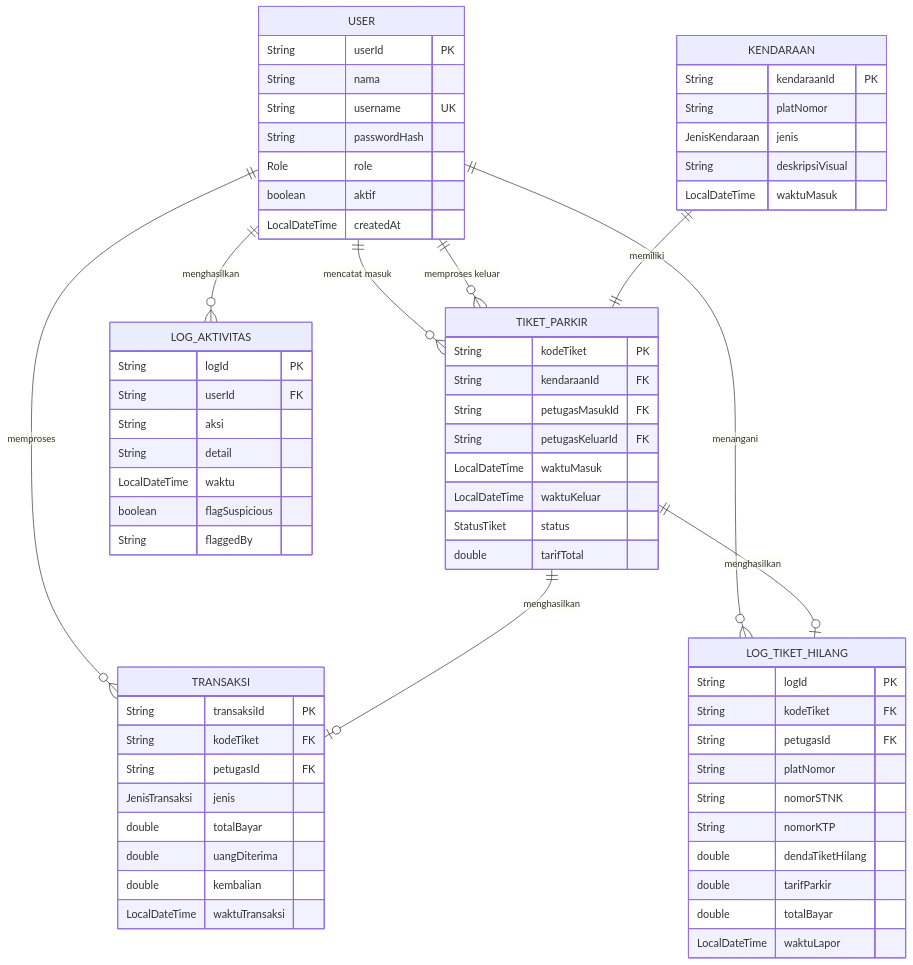
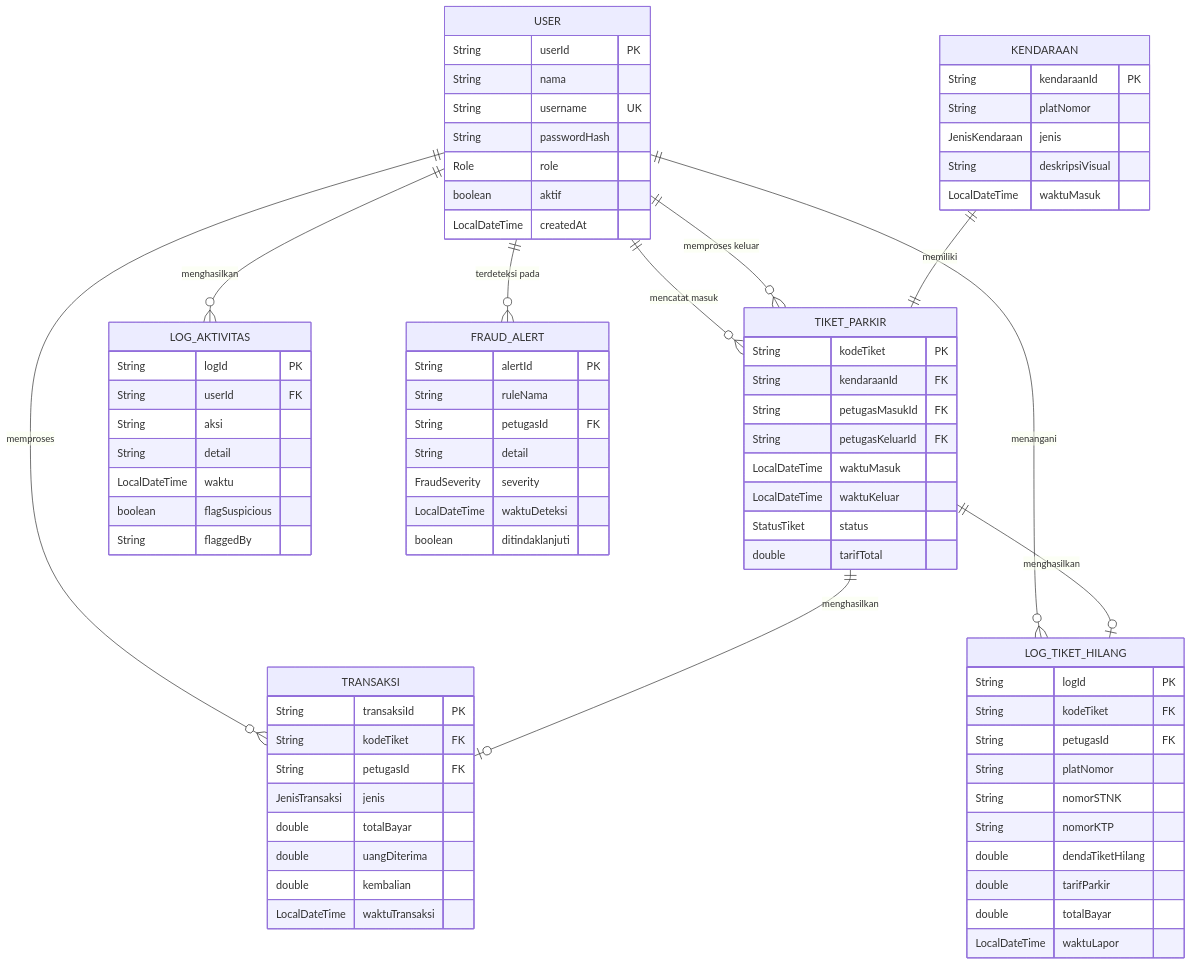
Before and after one commit to poggufanz/mkk-app: the diagram in docs/2-TECHNICAL/teknis-database.md, drawn with Mermaid. The commit also changed other lines of this file and 11 other files, not shown here.

````diff
--- a/docs/2-TECHNICAL/teknis-database.md
+++ b/docs/2-TECHNICAL/teknis-database.md
@@ -91,4 +92,16 @@
     KENDARAAN ||--|| TIKET_PARKIR : "memiliki"
     TIKET_PARKIR ||--o| TRANSAKSI : "menghasilkan"
     TIKET_PARKIR ||--o| LOG_TIKET_HILANG : "menghasilkan"
+
+    FRAUD_ALERT {
+        String alertId PK
+        String ruleNama
+        String petugasId FK
+        String detail
+        FraudSeverity severity
+        LocalDateTime waktuDeteksi
+        boolean ditindaklanjuti
+    }
+
+    USER ||--o{ FRAUD_ALERT : "terdeteksi pada"
 ```
````
